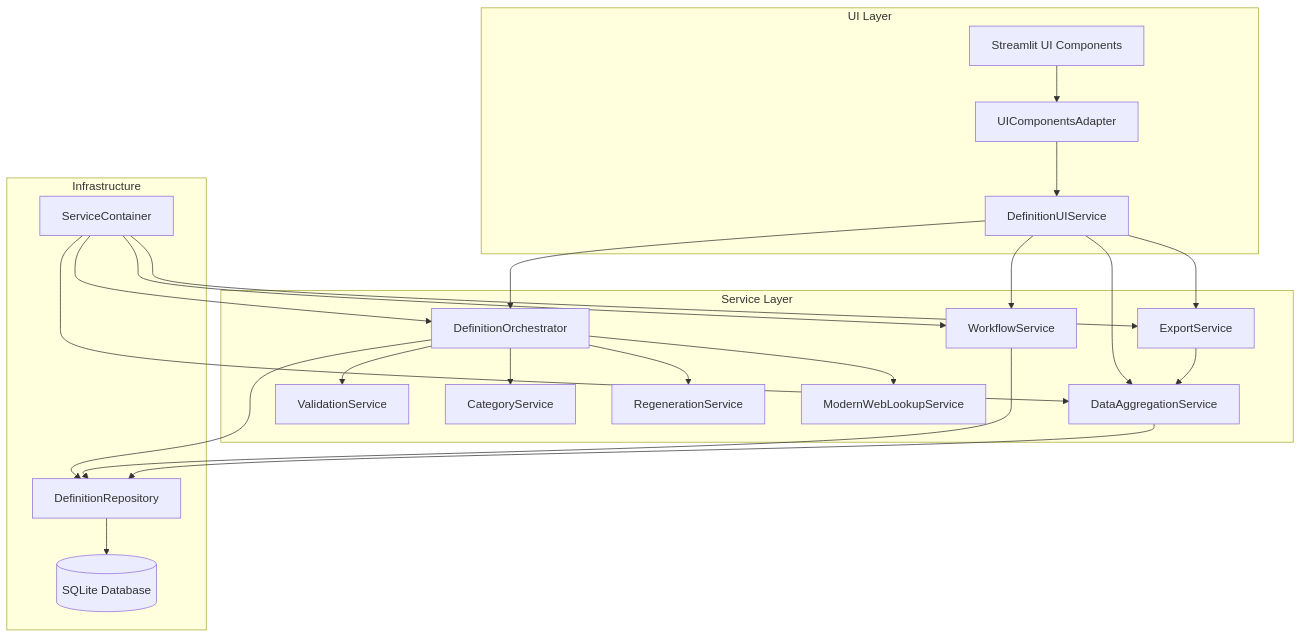
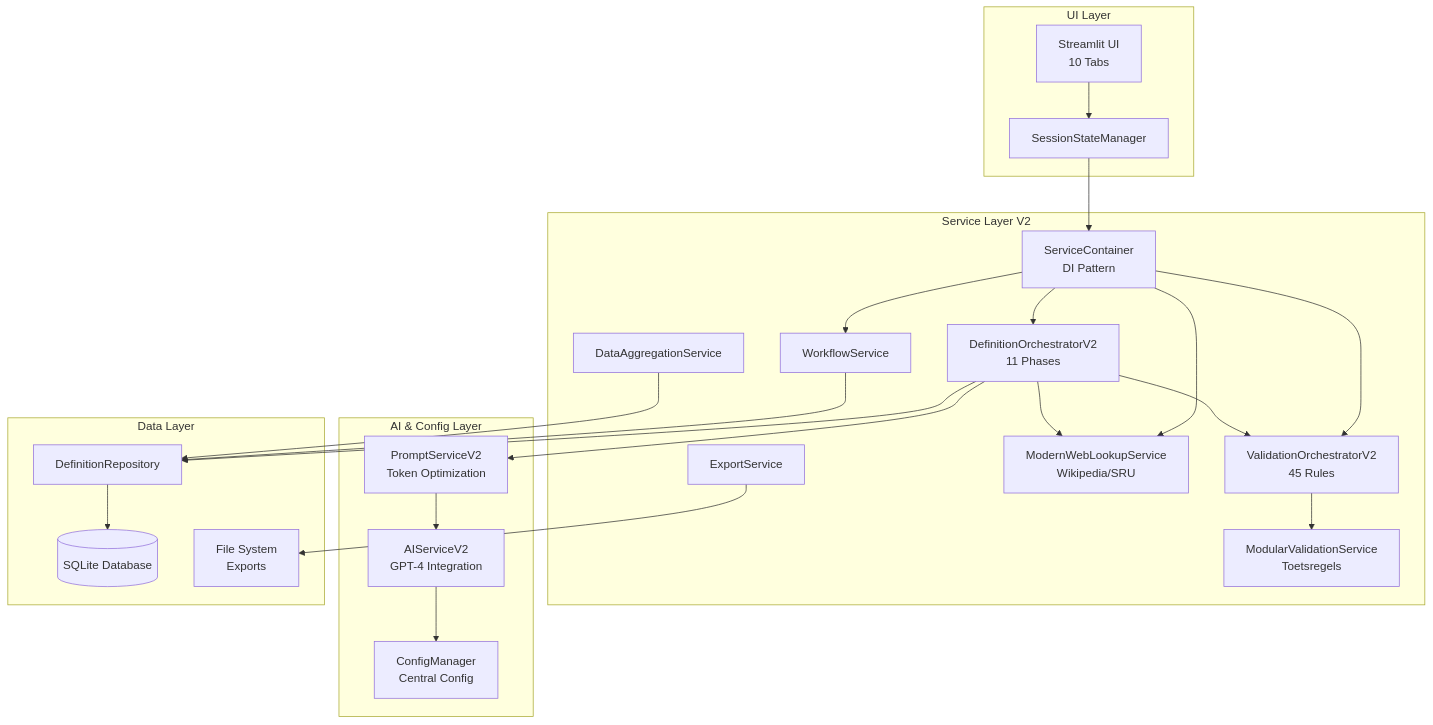
Before and after one commit to Chris-Lehnen-ICT-CONSULTING/Definitie-app-zakelijk: the diagram in docs/architectuur/CURRENT_ARCHITECTURE_OVERVIEW.md, drawn with Mermaid. The commit also changed other lines of this file and 39 other files, not shown here.

````diff
--- a/docs/architectuur/CURRENT_ARCHITECTURE_OVERVIEW.md
+++ b/docs/architectuur/CURRENT_ARCHITECTURE_OVERVIEW.md
@@ -15,49 +15,52 @@
 ```mermaid
 graph TB
     subgraph "UI Layer"
-        UI[Streamlit UI Components]
-        UIA[UIComponentsAdapter]
-        DUIS[DefinitionUIService]
+        ST[Streamlit UI<br/>10 Tabs]
+        SSM[SessionStateManager]
     end
 
-    subgraph "Service Layer"
-        DO[DefinitionOrchestrator]
+    subgraph "Service Layer V2"
+        SC[ServiceContainer<br/>DI Pattern]
+        DO2[DefinitionOrchestratorV2<br/>11 Phases]
+        VO2[ValidationOrchestratorV2<br/>45 Rules]
+        MVS[ModularValidationService<br/>Toetsregels]
+        MWL[ModernWebLookupService<br/>Wikipedia/SRU]
         WS[WorkflowService]
         DAS[DataAggregationService]
         ES[ExportService]
-        VS[ValidationService]
-        CS[CategoryService]
-        RS[RegenerationService]
-        MWL[ModernWebLookupService]
     end
 
-    subgraph "Infrastructure"
-        SC[ServiceContainer]
+    subgraph "AI & Config Layer"
+        CM[ConfigManager<br/>Central Config]
+        AI2[AIServiceV2<br/>GPT-4 Integration]
+        PS2[PromptServiceV2<br/>Token Optimization]
+    end
+
+    subgraph "Data Layer"
         DR[DefinitionRepository]
         DB[(SQLite Database)]
+        FS[File System<br/>Exports]
     end
 
-    UI --> UIA
-    UIA --> DUIS
-    DUIS --> DO
-    DUIS --> WS
-    DUIS --> DAS
-    DUIS --> ES
+    ST --> SSM
+    SSM --> SC
+    SC --> DO2
+    SC --> VO2
+    SC --> MWL
+    SC --> WS
 
-    DO --> VS
-    DO --> CS
-    DO --> RS
-    DO --> MWL
-    DO --> DR
+    DO2 --> PS2
+    PS2 --> AI2
+    AI2 --> CM
+
+    VO2 --> MVS
+    DO2 --> VO2
+    DO2 --> MWL
+    DO2 --> DR
 
     WS --> DR
     DAS --> DR
-    ES --> DAS
-
-    SC --> DO
-    SC --> WS
-    SC --> DAS
-    SC --> ES
+    ES --> FS
 
     DR --> DB
 ```
````
